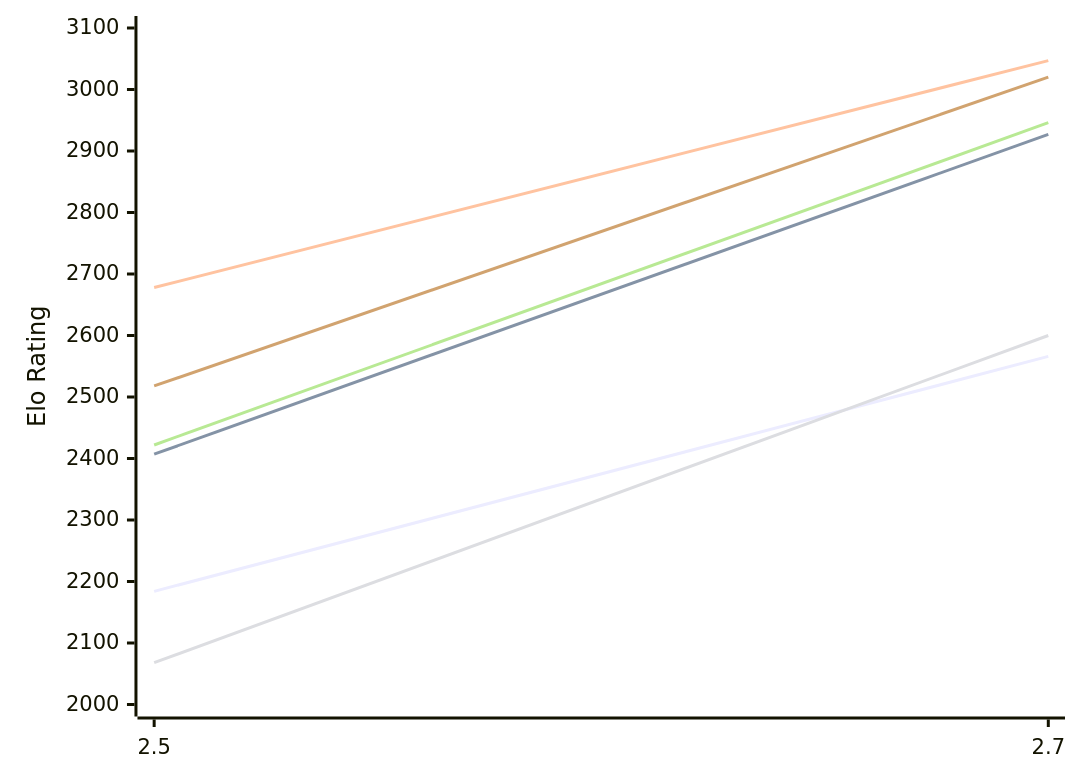
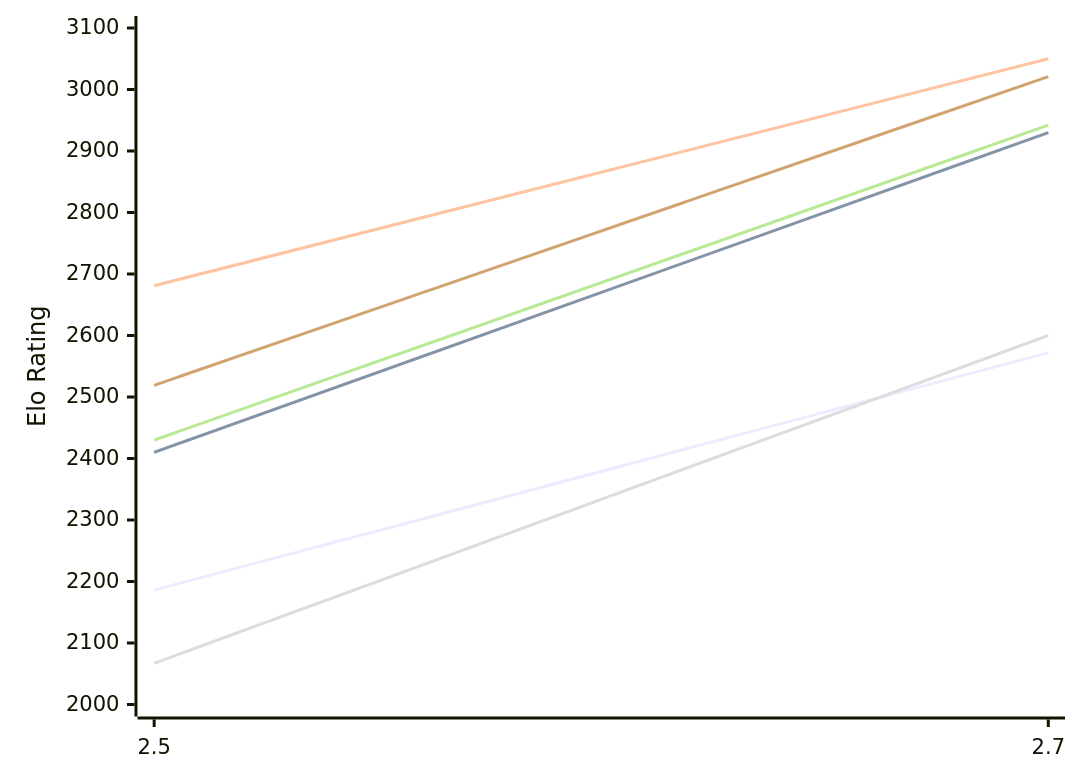
Before and after one commit to computer-chess-index/cci: the first of 2 diagrams in engines/Zevra.md, drawn with Mermaid. The commit also changed other lines of this file, not shown here.

Commit message:
Update CCI Ratings (ELO VLTC) - 2026-11-22

````diff
--- a/engines/Zevra.md
+++ b/engines/Zevra.md
@@ -50,12 +50,12 @@
 ```mermaid
 %%{init: {"theme":"base","themeVariables":{"seriesColors:['#a3a3a3','#222221','#faa371']}}}%%
 xychart-beta
   x-axis ["2.5", "2.7"]
   y-axis "Elo Rating" 2000 --> 3100
-  line "E1: STC (8.0+0.08s)" [2184, 2566]
-  line "E1: LTC (60.0+0.60s)" [2407, 2927]
-  line "E1: VLTC (2m24s+1.12s)" [2678, 3047]
-  line "P1: STC (8.0+0.08s)" [2068, 2600]
-  line "P1: LTC (60.0+0.60s)" [2422, 2946]
-  line "P1: VLTC (2m24s+1.12s)" [2518, 3020]
+  line "E1: STC (8.0+0.08s)" [2186, 2572]
+  line "E1: LTC (60.0+0.60s)" [2410, 2930]
+  line "E1: VLTC (2m24s+1.12s)" [2681, 3050]
+  line "P1: STC (8.0+0.08s)" [2067, 2600]
+  line "P1: LTC (60.0+0.60s)" [2430, 2942]
+  line "P1: VLTC (2m24s+1.12s)" [2519, 3021]
 ```
````
